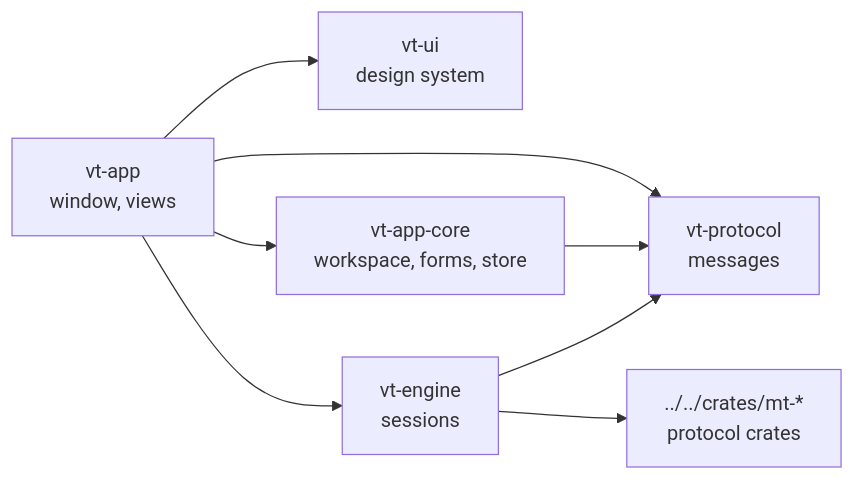
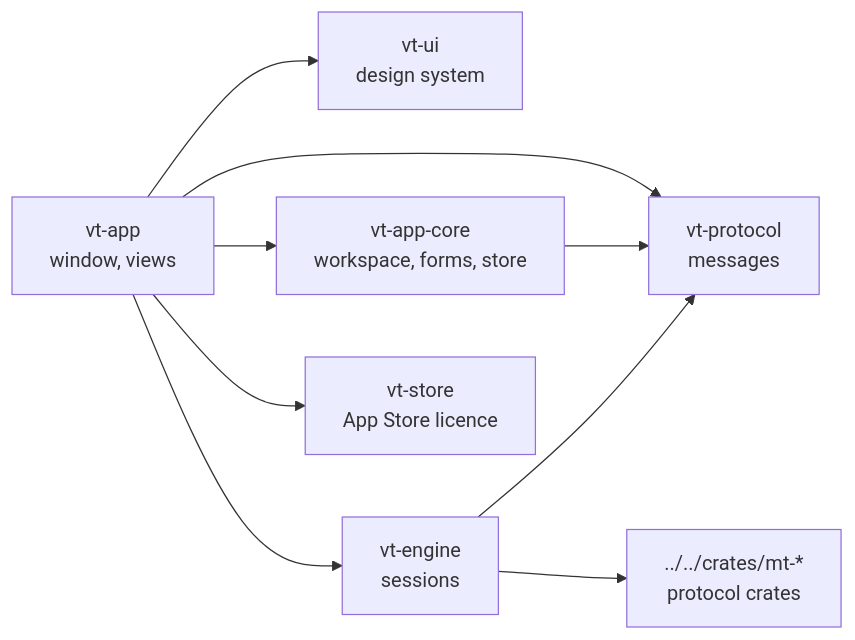
One commit to VoltrusID/voltrus-explorers changed the first of 2 diagrams in apps/voltrus-tools/docs/architecture.md. Above: the diagram before and after it, drawn with Mermaid. The commit also changed other lines of this file and 4 other files, not shown here.

````diff
--- a/apps/voltrus-tools/docs/architecture.md
+++ b/apps/voltrus-tools/docs/architecture.md
@@ -7,10 +7,11 @@
 ```mermaid
 flowchart LR
     APP["vt-app<br/>window, views"] --> UI["vt-ui<br/>design system"]
     APP --> CORE["vt-app-core<br/>workspace, forms, store"]
     APP --> ENGINE["vt-engine<br/>sessions"]
     APP --> PROTO["vt-protocol<br/>messages"]
+    APP --> STORE["vt-store<br/>App Store licence"]
     CORE --> PROTO
     ENGINE --> PROTO
     ENGINE --> MT["../../crates/mt-*<br/>protocol crates"]
 ```
````
